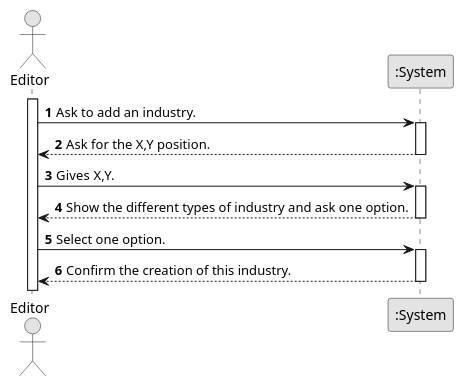
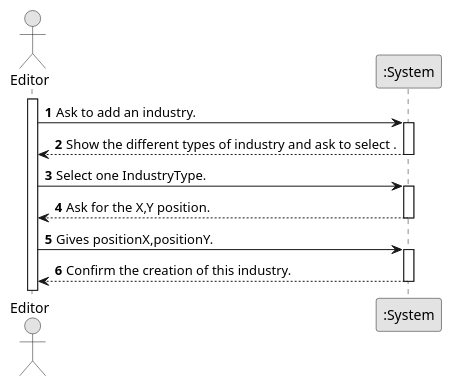
Before and after one commit to 1240826/empire-on-tracks: the diagram in docs/system-documentation/US002/01.requirements-engineering/puml/US002-SSD.puml, drawn with PlantUML. The commit also changed 2 other files, not shown here.

```diff
--- a/docs/system-documentation/US002/01.requirements-engineering/puml/US002-SSD.puml
+++ b/docs/system-documentation/US002/01.requirements-engineering/puml/US002-SSD.puml
@@ -1,38 +1,39 @@
 @startuml
 skinparam monochrome true
 skinparam packageStyle rectangle
 skinparam shadowing false
 
 autonumber
 
 actor "Editor" as Employee
 participant ":System" as System
 
 activate Employee
 
     Employee -> System : Ask to add an industry.
     activate System
+System-->Employee:Show the different types of industry and ask to select .
 
-        System-->Employee:Ask for the X,Y position.
+
+    deactivate System
+    Employee->System:Select one IndustryType.
+
+
+
+    activate System
+     System-->Employee:Ask for the X,Y position.
 
     deactivate System
 
-    Employee->System:Gives X,Y.
-
-    activate System
-    System-->Employee:Show the different types of industry and ask one option.
-
-    deactivate System
-
-   Employee->System:Select one option.
+   Employee->System:Gives positionX,positionY.
 
    activate System
 
    System-->Employee:Confirm the creation of this industry.
 
    deactivate System
 
 
 
 
 @enduml
```
